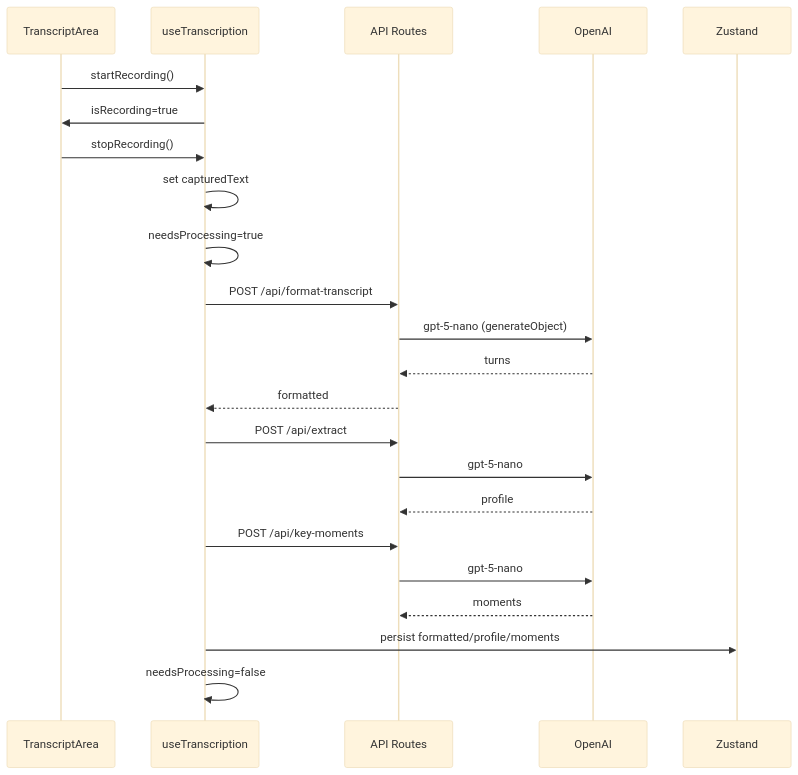
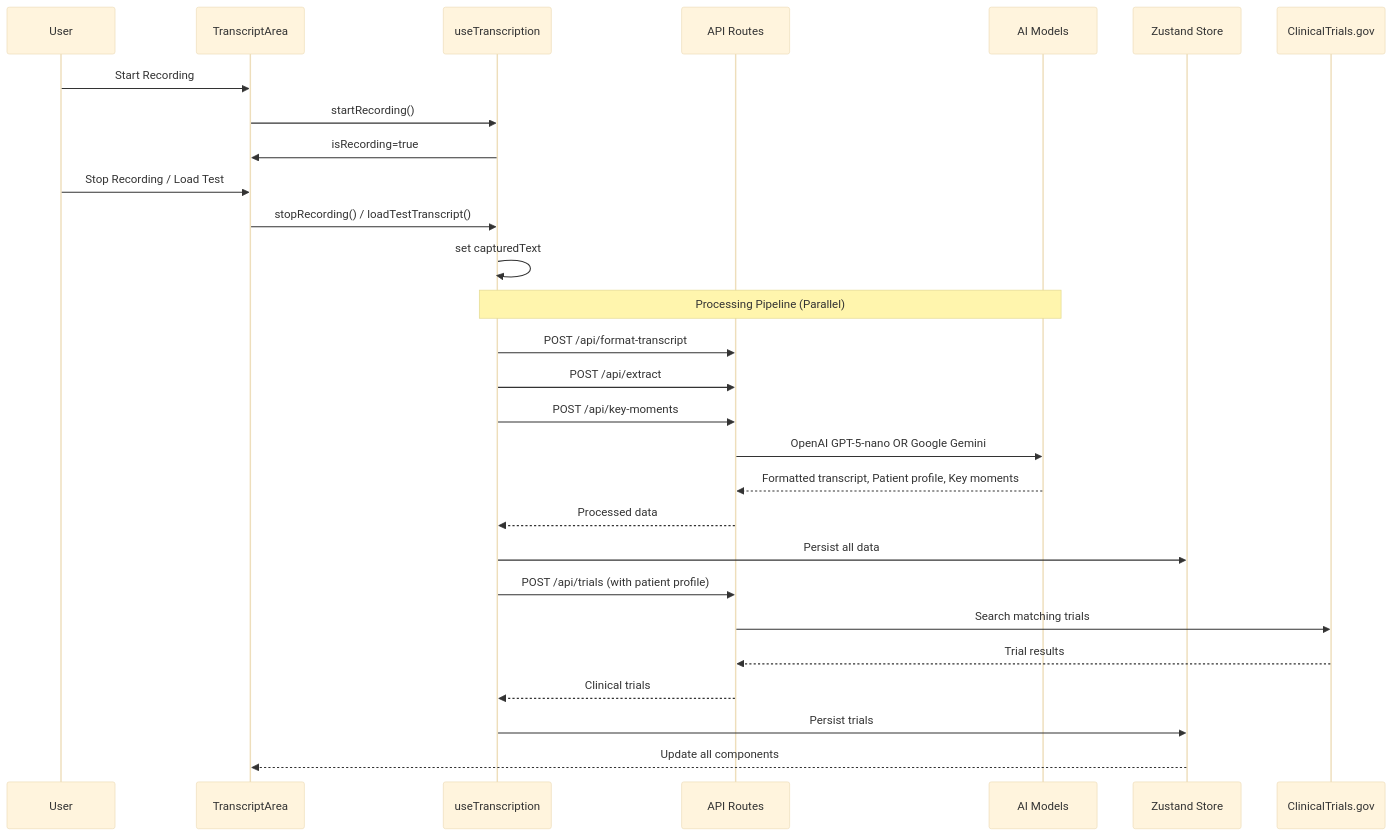
One commit to robertsthomas/deeperscribe changed the third of 6 diagrams in docs/ARCHITECTURE.md. Above: the diagram before and after it, drawn with Mermaid (base theme). The commit also changed other lines of this file, not shown here.

Commit message:
update architecture

````diff
--- a/docs/ARCHITECTURE.md
+++ b/docs/ARCHITECTURE.md
@@ -52,26 +90,36 @@
 ```mermaid
 sequenceDiagram
+  participant User
   participant UI as TranscriptArea
   participant Hook as useTranscription
-  participant API as API Routes
-  participant AI as OpenAI
-  participant Store as Zustand
+  participant APIs as API Routes
+  participant AI as AI Models
+  participant Store as Zustand Store
+  participant ClinicalTrials as ClinicalTrials.gov
 
+  User->>UI: Start Recording
   UI->>Hook: startRecording()
   Hook->>UI: isRecording=true
-  UI->>Hook: stopRecording()
+  
+  User->>UI: Stop Recording / Load Test
+  UI->>Hook: stopRecording() / loadTestTranscript()
   Hook->>Hook: set capturedText
-  Hook->>Hook: needsProcessing=true
-  Hook->>API: POST /api/format-transcript
-  API->>AI: gpt-5-nano (generateObject)
-  AI-->>API: turns
-  API-->>Hook: formatted
-  Hook->>API: POST /api/extract
-  API->>AI: gpt-5-nano
-  AI-->>API: profile
-  Hook->>API: POST /api/key-moments
-  API->>AI: gpt-5-nano
-  AI-->>API: moments
-  Hook->>Store: persist formatted/profile/moments
-  Hook->>Hook: needsProcessing=false
+  
+  Note over Hook,AI: Processing Pipeline (Parallel)
+  Hook->>APIs: POST /api/format-transcript
+  Hook->>APIs: POST /api/extract
+  Hook->>APIs: POST /api/key-moments
+  
+  APIs->>AI: OpenAI GPT-5-nano OR Google Gemini
+  AI-->>APIs: Formatted transcript, Patient profile, Key moments
+  APIs-->>Hook: Processed data
+  
+  Hook->>Store: Persist all data
+  Hook->>APIs: POST /api/trials (with patient profile)
+  APIs->>ClinicalTrials: Search matching trials
+  ClinicalTrials-->>APIs: Trial results
+  APIs-->>Hook: Clinical trials
+  Hook->>Store: Persist trials
+  
+  Store-->>UI: Update all components
 ```
````
